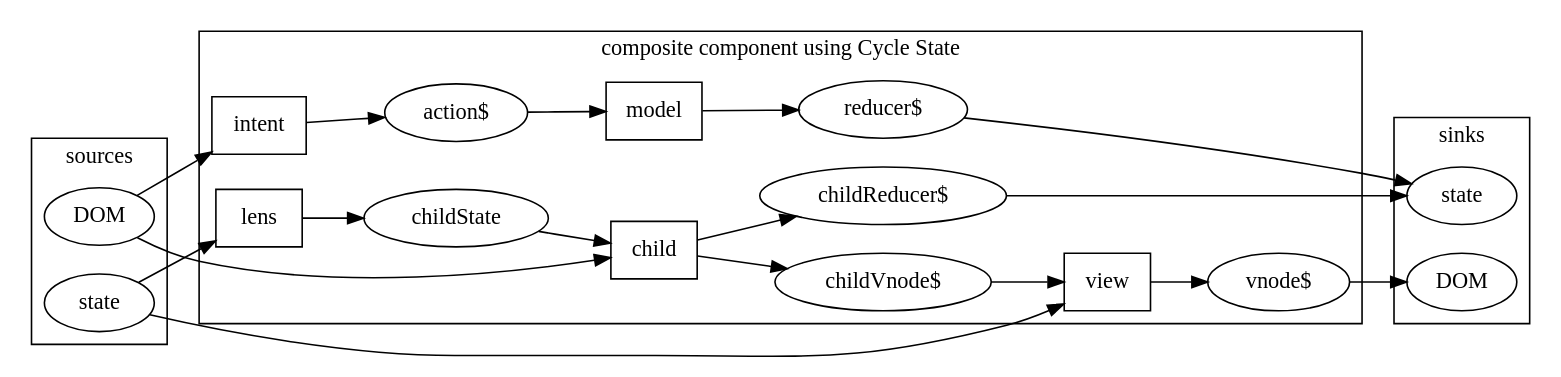
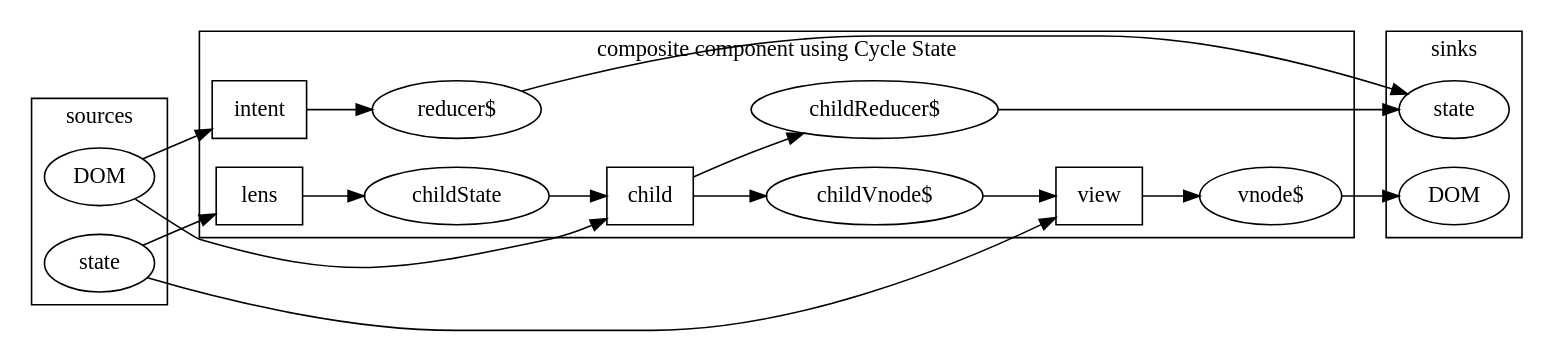
One commit to krawaller/cycle-example-covid changed the diagram in dots/mvi-state-child.dot. Above: the diagram before and after it, drawn with Graphviz. The commit also changed 3 other files, not shown here.

Commit message:
update mvi state diagrams

```diff
--- a/dots/mvi-state-child.dot
+++ b/dots/mvi-state-child.dot
@@ -1,28 +1,27 @@
 digraph {
   bgcolor = white;
   rankdir = LR;
   subgraph cluster_sources {
     label="sources";
     DOM
     state
   }
   subgraph cluster_component {
     label="composite component using Cycle State"
     reducer [label="reducer$"]
-    actions [label="action$"]
     vnode [label="vnode$"]
     childState
     childReducer [label="childReducer$"]
     childVnode [label="childVnode$"]
-    intent, model, view, child, lens [shape=rectangle]
+    intent, view, child, lens [shape=rectangle]
   }
   subgraph cluster_sinks {
     label="sinks"
     DOM2 [label="DOM"]
     state2 [label="state"]
   }
   DOM -> child -> childVnode -> view
-  DOM -> intent -> actions -> model -> reducer -> state2
+  DOM -> intent -> reducer -> state2
   state -> view -> vnode -> DOM2
   state -> lens -> childState -> child -> childReducer -> state2
 }
```
